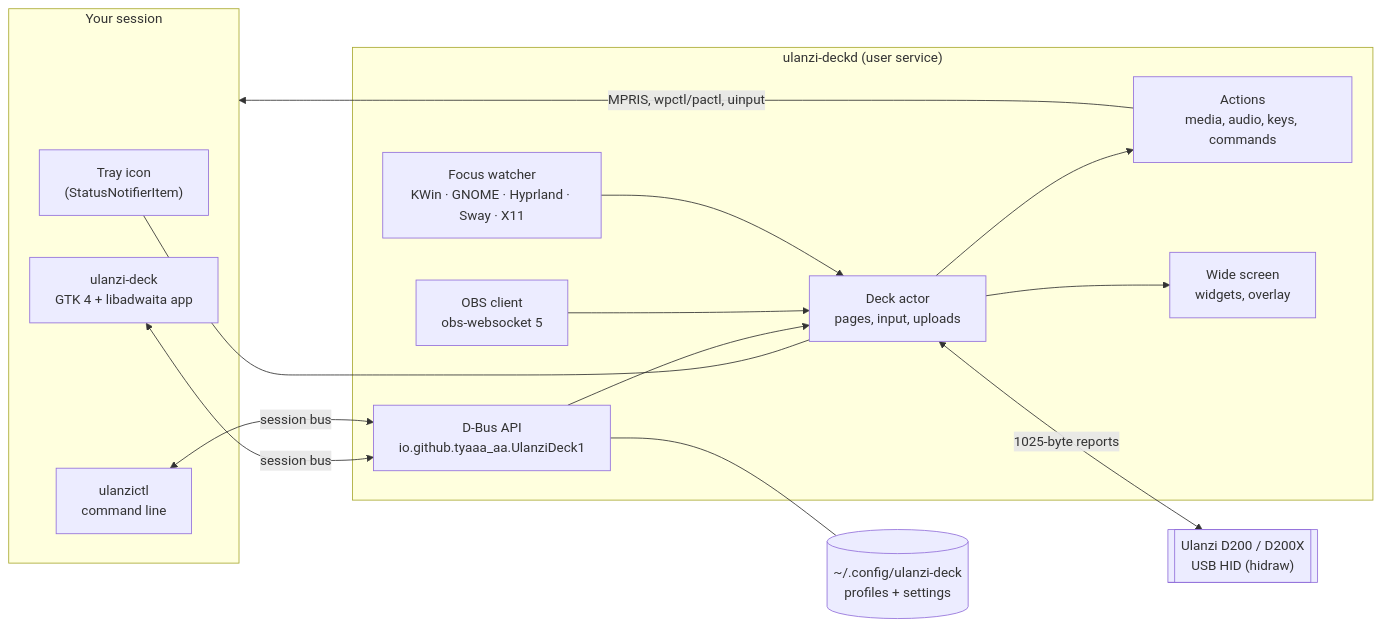
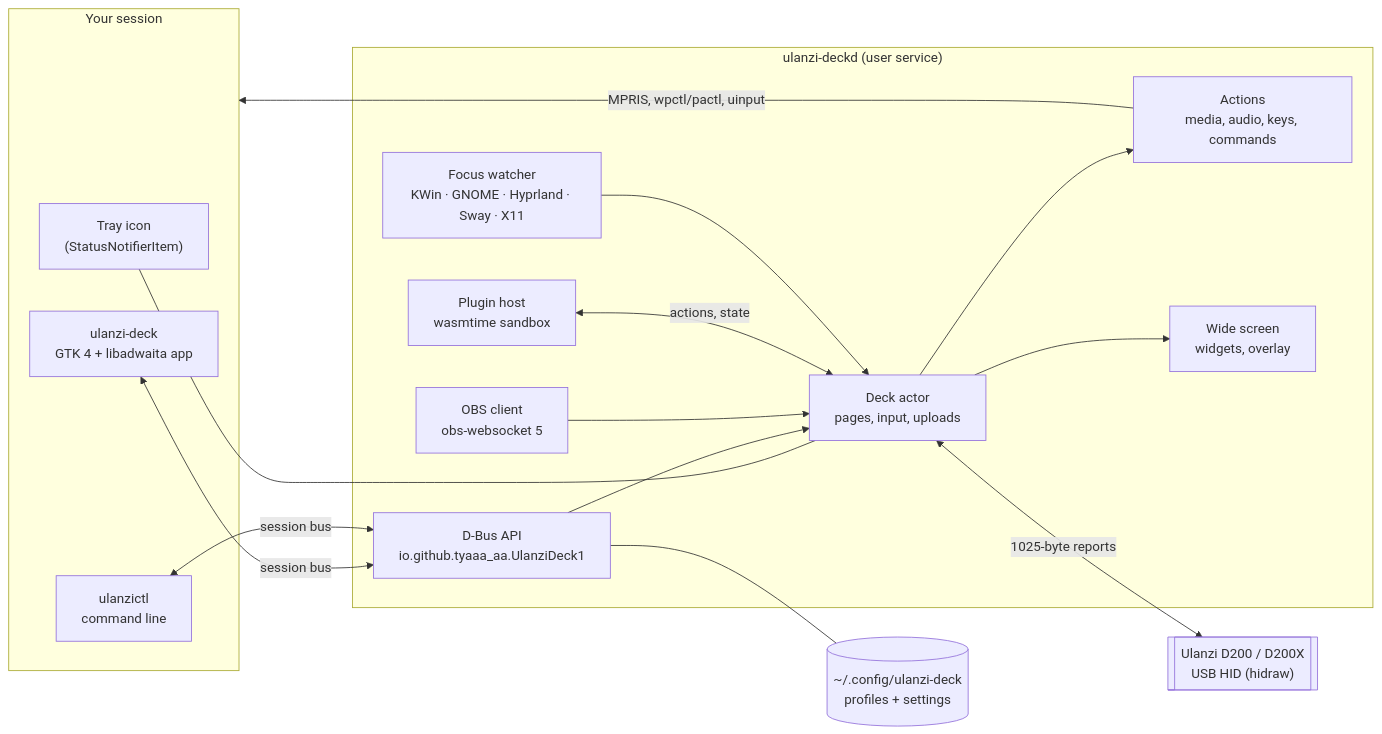
One commit to Tyaaa-aa/Ulanzi-Deck-Linux changed the diagram in docs/technical.md. Above: the diagram before and after it, drawn with Mermaid. The commit also changed other lines of this file and 3 other files, not shown here.

Commit message:
docs: plugin host, plugin author guide

````diff
--- a/docs/technical.md
+++ b/docs/technical.md
@@ -24,30 +25,32 @@
 ```mermaid
 flowchart LR
     subgraph session["Your session"]
         GUI["ulanzi-deck<br/>GTK 4 + libadwaita app"]
         CLI["ulanzictl<br/>command line"]
         Tray["Tray icon<br/>(StatusNotifierItem)"]
     end
     subgraph service["ulanzi-deckd (user service)"]
         API["D-Bus API<br/>io.github.tyaaa_aa.UlanziDeck1"]
         Deck["Deck actor<br/>pages, input, uploads"]
         Act["Actions<br/>media, audio, keys, commands"]
         Screen["Wide screen<br/>widgets, overlay"]
         OBS["OBS client<br/>obs-websocket 5"]
+        Plug["Plugin host<br/>wasmtime sandbox"]
         Focus["Focus watcher<br/>KWin · GNOME · Hyprland · Sway · X11"]
     end
     Store[("~/.config/ulanzi-deck<br/>profiles + settings")]
     HID[["Ulanzi D200 / D200X<br/>USB HID (hidraw)"]]
 
     GUI <-->|session bus| API
     CLI <-->|session bus| API
     Tray --- Deck
     API --> Deck
     API --- Store
     Deck <-->|1025-byte reports| HID
     Deck --> Act
     Deck --> Screen
     OBS --> Deck
+    Plug <-->|actions, state| Deck
     Focus --> Deck
     Act -->|MPRIS, wpctl/pactl, uinput| session
 ```
````
